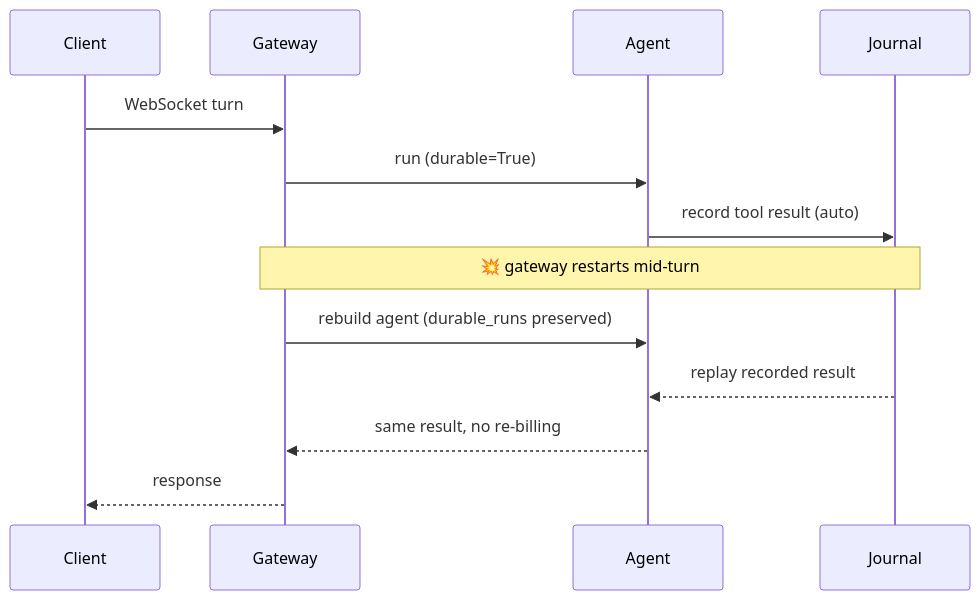
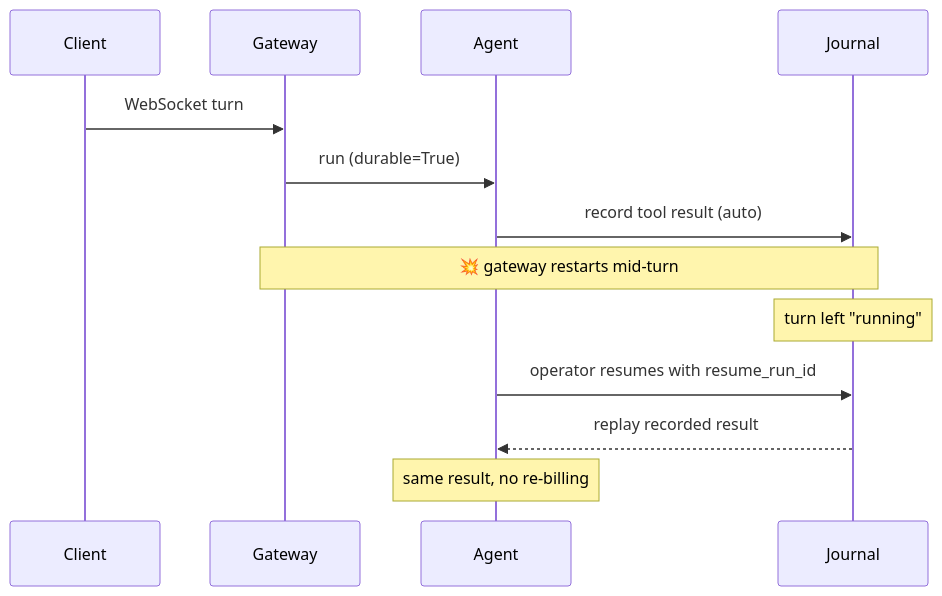
Before and after one commit to MervinPraison/PraisonAIDocs: the second of 3 diagrams in docs/features/gateway-durable-runs.mdx, drawn with Mermaid. The commit also changed other lines of this file and 6 other files, not shown here.

Commit message:
fix: document goal resume across processes, AutonomyConfig(snapshot=True) for undo(), manual durable resume (fixes #4809)

````diff
--- a/docs/features/gateway-durable-runs.mdx
+++ b/docs/features/gateway-durable-runs.mdx
@@ -113,16 +113,16 @@
 ```mermaid
 sequenceDiagram
     participant Client
     participant Gateway
     participant Agent
     participant Journal
 
     Client->>Gateway: WebSocket turn
     Gateway->>Agent: run (durable=True)
     Agent->>Journal: record tool result (auto)
     Note over Gateway,Journal: 💥 gateway restarts mid-turn
-    Gateway->>Agent: rebuild agent (durable_runs preserved)
+    Note over Journal: turn left "running"
+    Agent->>Journal: operator resumes with resume_run_id
     Journal-->>Agent: replay recorded result
-    Agent-->>Gateway: same result, no re-billing
-    Gateway-->>Client: response
+    Note over Agent: same result, no re-billing
 ```
````
